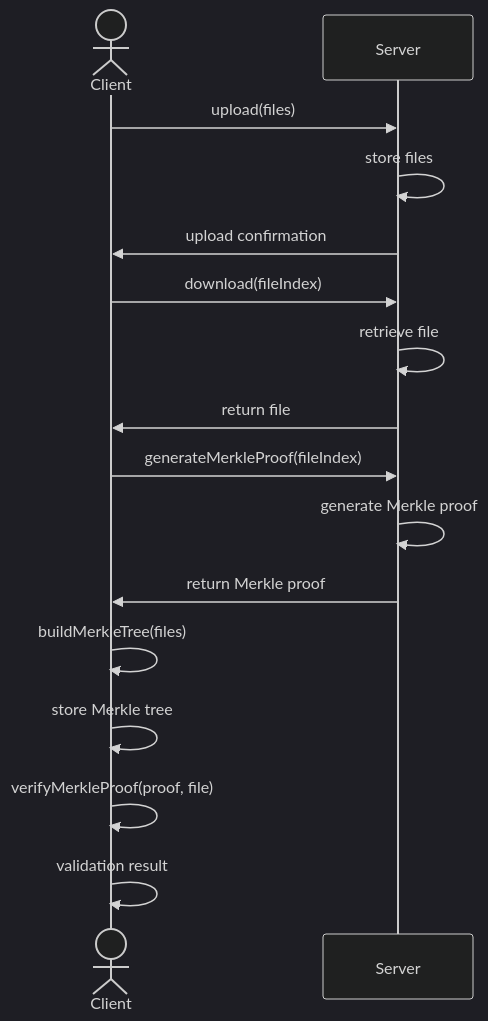
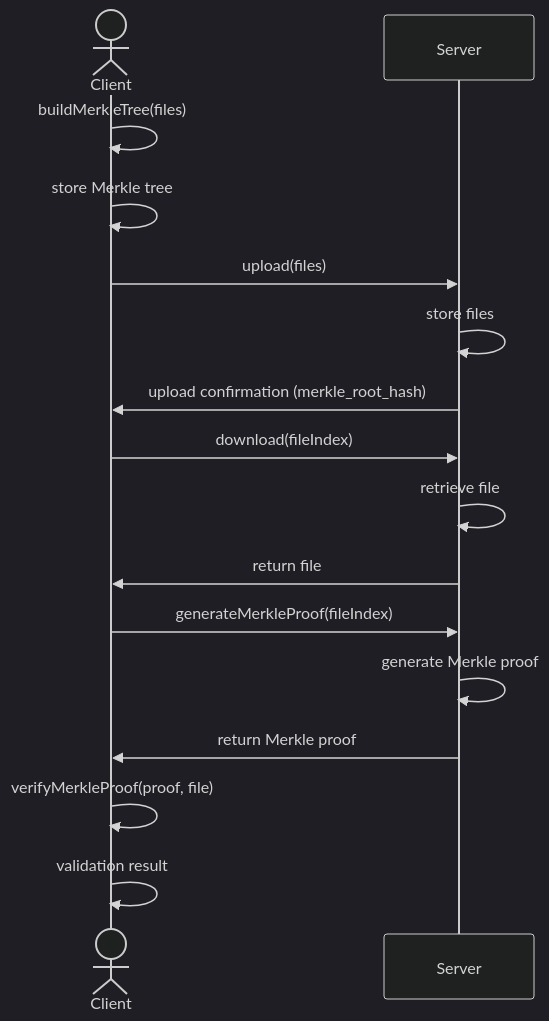
One commit to srinathln7/rustle-tree changed the diagram in README.md. Above: the diagram before and after it, drawn with Mermaid (dark theme).

Commit message:
adjust seq diag

````diff
--- a/README.md
+++ b/README.md
@@ -33,23 +33,23 @@
 ```mermaid
 sequenceDiagram
     actor Client
     participant Server
 
+    Client->>Client: buildMerkleTree(files)
+    Client->>Client: store Merkle tree
+
     Client->>Server: upload(files)
     Server->>Server: store files
-    Server->>Client: upload confirmation
+    Server->>Client: upload confirmation (merkle_root_hash)
 
     Client->>Server: download(fileIndex)
     Server->>Server: retrieve file
     Server->>Client: return file
 
     Client->>Server: generateMerkleProof(fileIndex)
     Server->>Server: generate Merkle proof
     Server->>Client: return Merkle proof
 
-    Client->>Client: buildMerkleTree(files)
-    Client->>Client: store Merkle tree
-
     Client->>Client: verifyMerkleProof(proof, file)
     Client->>Client: validation result
 ```
````
